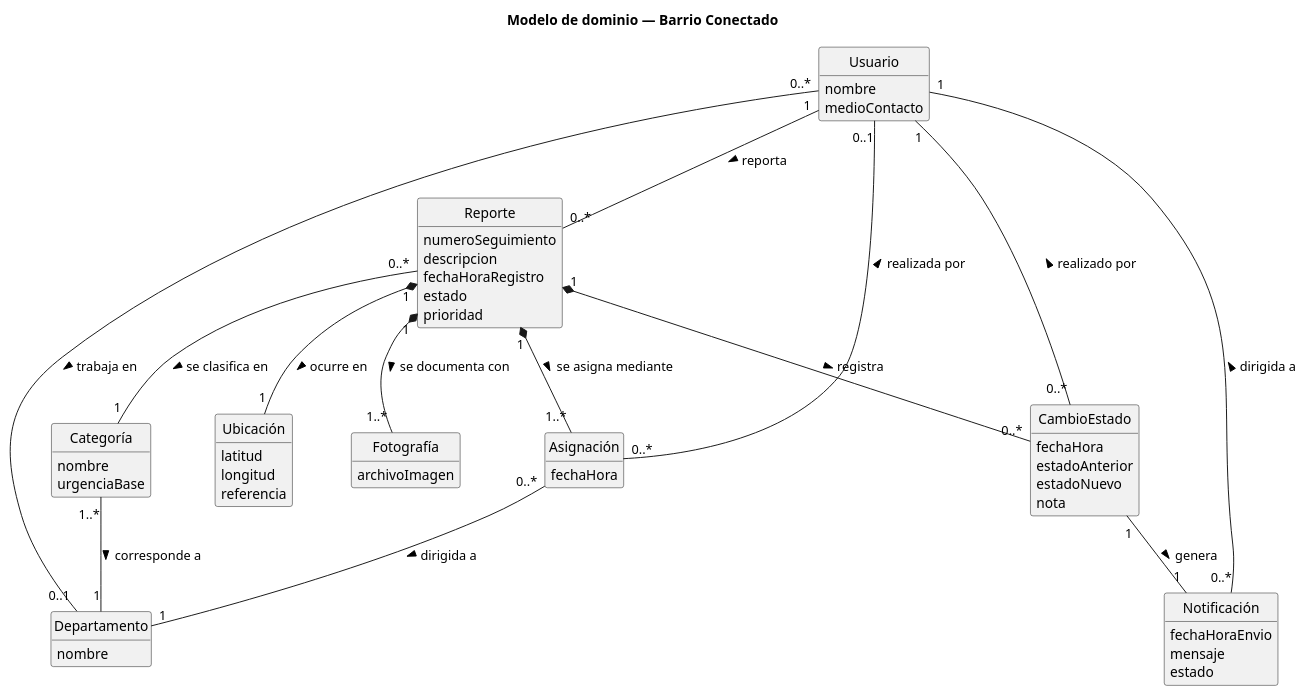
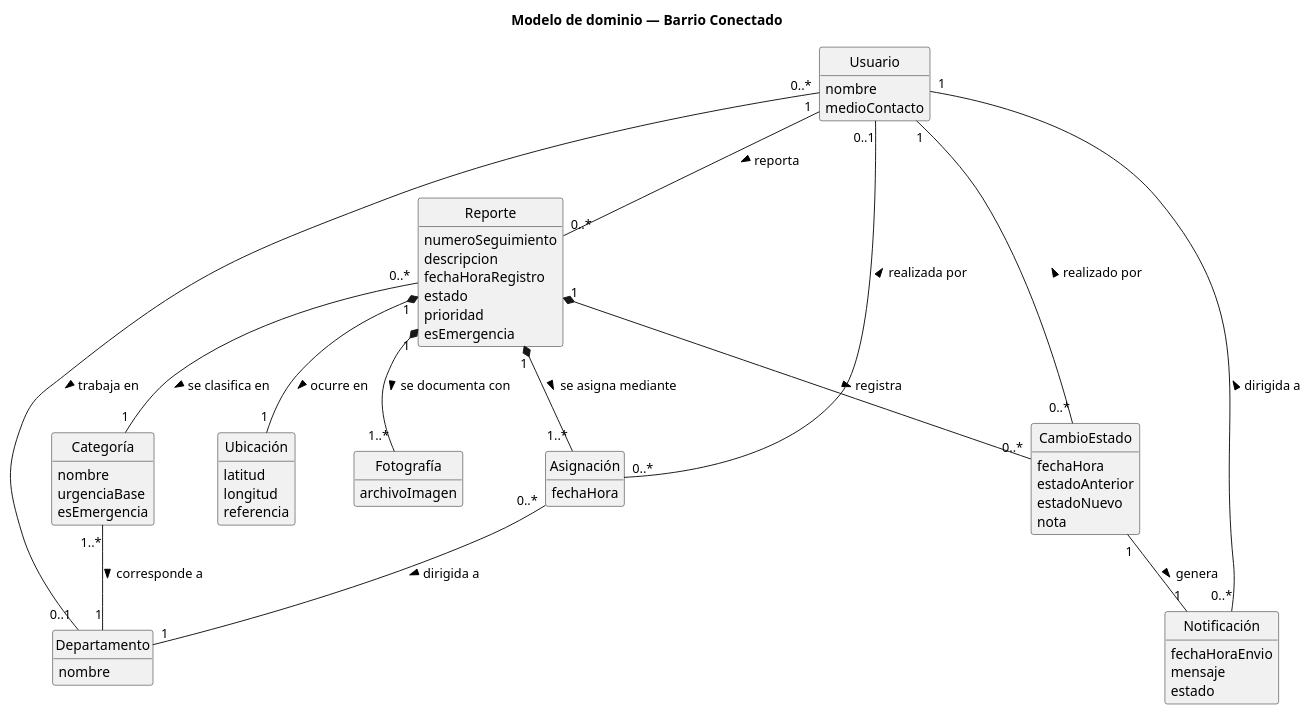
One commit to bruhmzk/Barrio-Conectado changed the diagram in diagramas/modelo-dominio.puml. Above: the diagram before and after it, drawn with PlantUML. The commit also changed 40 other files, not shown here.

```diff
--- a/diagramas/modelo-dominio.puml
+++ b/diagramas/modelo-dominio.puml
@@ -1,72 +1,74 @@
 @startuml modelo-dominio
 title Modelo de dominio — Barrio Conectado
 hide circle
 hide methods
 skinparam shadowing false
 skinparam classAttributeIconSize 0
 skinparam nodesep 60
 skinparam ranksep 60
 
 class Usuario {
   nombre
   medioContacto
 }
 
 class Reporte {
   numeroSeguimiento
   descripcion
   fechaHoraRegistro
   estado
   prioridad
+  esEmergencia
 }
 
 class Categoria as "Categoría" {
   nombre
   urgenciaBase
+  esEmergencia
 }
 
 class Departamento {
   nombre
 }
 
 class Ubicacion as "Ubicación" {
   latitud
   longitud
   referencia
 }
 
 class Fotografia as "Fotografía" {
   archivoImagen
 }
 
 class CambioEstado {
   fechaHora
   estadoAnterior
   estadoNuevo
   nota
 }
 
 class Asignacion as "Asignación" {
   fechaHora
 }
 
 class Notificacion as "Notificación" {
   fechaHoraEnvio
   mensaje
   estado
 }
 
 Usuario "1" -- "0..*" Reporte : reporta >
 Reporte "0..*" -- "1" Categoria : se clasifica en >
 Categoria "1..*" -- "1" Departamento : corresponde a >
 Usuario "0..*" -- "0..1" Departamento : trabaja en >
 Reporte "1" *-- "1" Ubicacion : ocurre en >
 Reporte "1" *-- "1..*" Fotografia : se documenta con >
 Reporte "1" *-- "0..*" CambioEstado : registra >
 Reporte "1" *-- "1..*" Asignacion : se asigna mediante >
 Asignacion "0..*" -- "1" Departamento : dirigida a >
 Asignacion "0..*" -- "0..1" Usuario : realizada por >
 CambioEstado "0..*" -- "1" Usuario : realizado por >
 CambioEstado "1" -- "1" Notificacion : genera >
 Notificacion "0..*" -- "1" Usuario : dirigida a >
 @enduml
```
